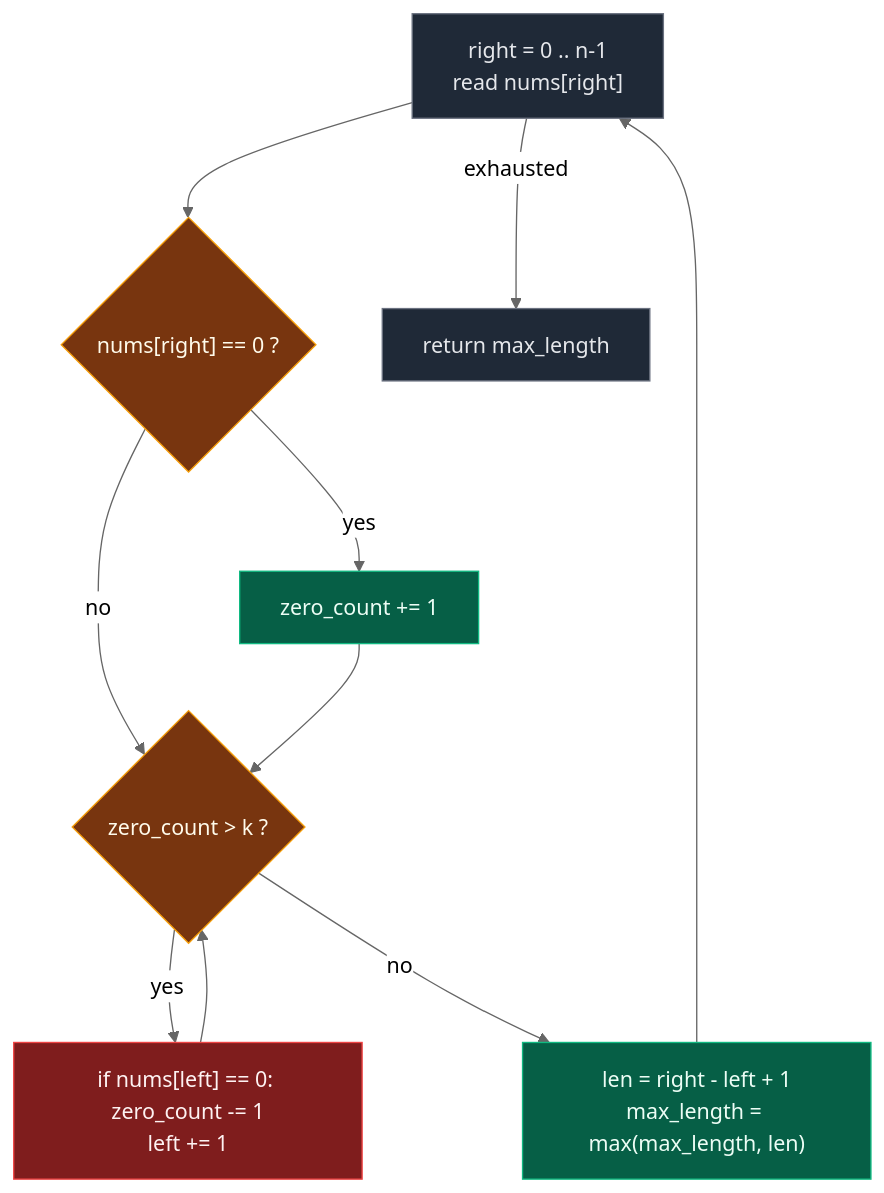
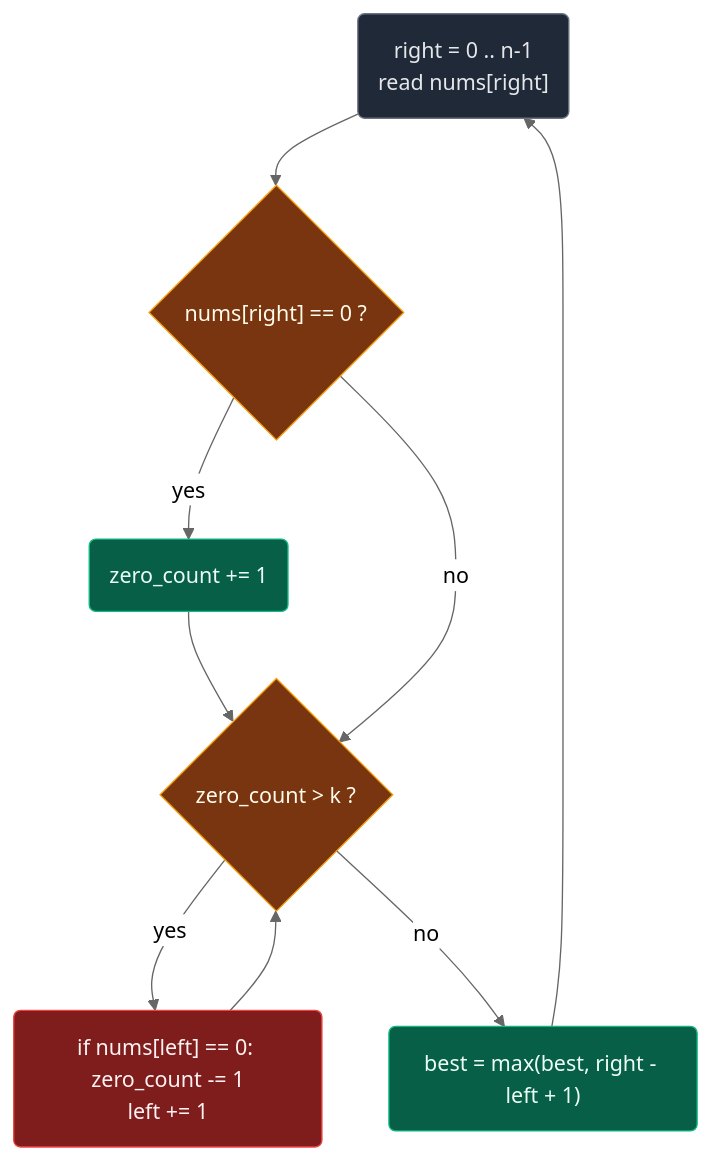
Before and after one commit to ajay-nikumbh/dsa-notes: the third of 6 diagrams in 04. Sliding window/02. Basic/03. 1004. Max Consecutive Ones III.md, drawn with Mermaid (neutral theme). The commit also changed other lines of this file, not shown here.

First line of the commit message:
Sliding Window 04: rewrite 1004 Max Consecutive Ones III

````diff
--- a/04. Sliding window/02. Basic/03. 1004. Max Consecutive Ones III.md
+++ b/04. Sliding window/02. Basic/03. 1004. Max Consecutive Ones III.md
@@ -87,25 +125,19 @@
 ```mermaid
 flowchart TD
-    A["right = 0 .. n-1<br/>read nums[right]"]:::edge
+    A("right = 0 .. n-1<br/>read nums[right]"):::edge
     B{"nums[right] == 0 ?"}:::check
-    C["zero_count += 1"]:::calc
+    C("zero_count += 1"):::calc
     D{"zero_count > k ?"}:::check
-    E["if nums[left] == 0: zero_count -= 1<br/>left += 1"]:::shrink
-    F["len = right - left + 1<br/>max_length = max(max_length, len)"]:::calc
-    G["return max_length"]:::edge
-
+    E("if nums[left] == 0: zero_count -= 1<br/>left += 1"):::shrink
+    F("best = max(best, right - left + 1)"):::calc
     A --> B
-    B -- yes --> C
-    B -- no --> D
-    C --> D
-    D -- yes --> E
-    E --> D
-    D -- no --> F
-    F --> A
-    A -- exhausted --> G
+    B -->|yes| C --> D
+    B -->|no| D
+    D -->|yes| E --> D
+    D -->|no| F --> A
 
     classDef edge fill:#1f2937,stroke:#6b7280,color:#e5e7eb
     classDef check fill:#78350f,stroke:#f59e0b,color:#fffbeb
     classDef shrink fill:#7f1d1d,stroke:#ef4444,color:#fef2f2
     classDef calc fill:#065f46,stroke:#10b981,color:#ecfdf5
 ```
````
